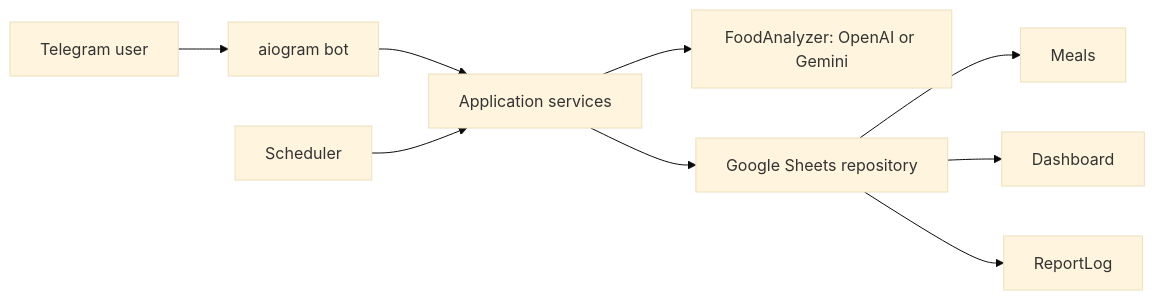
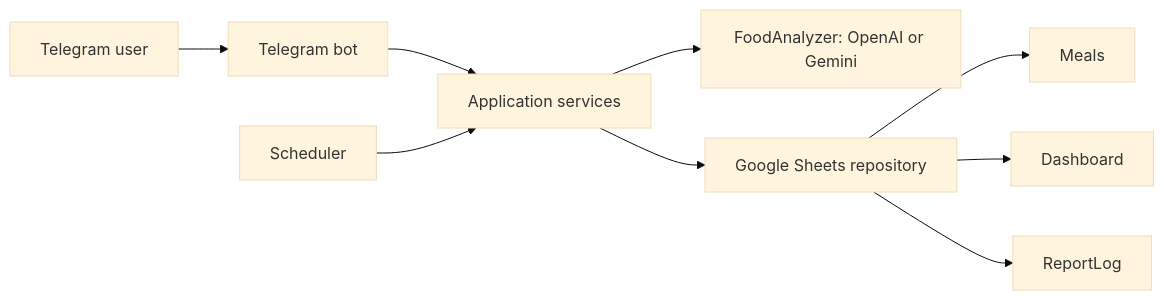
One commit to OstKost/tg-food-tracker changed the first of 2 diagrams in docs/ARCHITECTURE.md. Above: the diagram before and after it, drawn with Mermaid (base theme). The commit also changed other lines of this file and 64 other files, not shown here.

````diff
--- a/docs/ARCHITECTURE.md
+++ b/docs/ARCHITECTURE.md
@@ -12,11 +12,11 @@
 ```mermaid
 flowchart LR
-    U[Telegram user] --> B[aiogram bot]
+    U[Telegram user] --> B[Telegram bot]
     B --> A[Application services]
     A --> O[FoodAnalyzer: OpenAI or Gemini]
     A --> S[Google Sheets repository]
     S --> M[Meals]
     S --> D[Dashboard]
     S --> R[ReportLog]
     T[Scheduler] --> A
 ```
````
